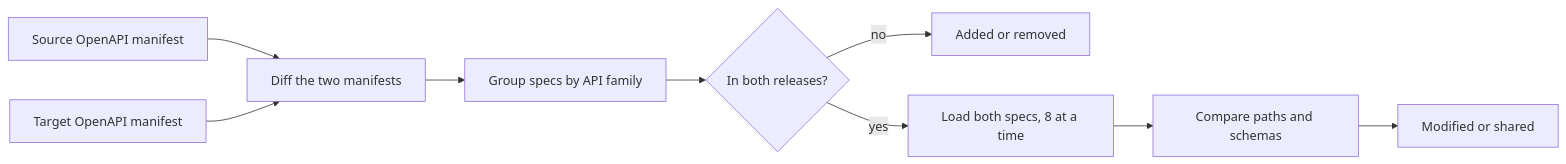
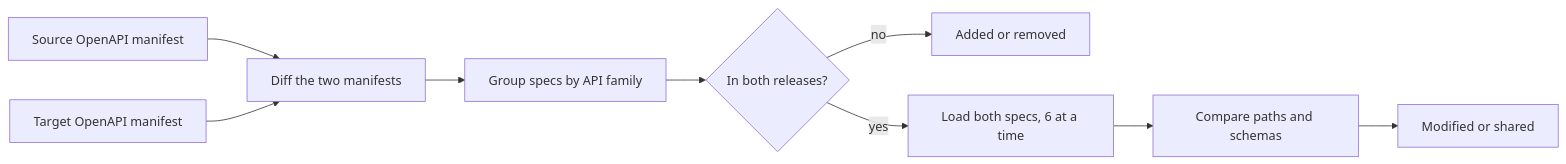
Before and after one commit to fullstopdev/resource-browser: the diagram in src/lib/docs/pages/api-comparison.md, drawn with Mermaid. The commit also changed other lines of this file and 37 other files, not shown here.

````diff
--- a/src/lib/docs/pages/api-comparison.md
+++ b/src/lib/docs/pages/api-comparison.md
@@ -33,11 +33,11 @@
 ```mermaid
 flowchart LR
   MS["Source OpenAPI manifest"] --> D["Diff the two manifests"]
   MT["Target OpenAPI manifest"] --> D
   D --> FAM["Group specs by API family"]
   FAM --> BOTH{"In both releases?"}
   BOTH -->|"no"| AR["Added or removed"]
-  BOTH -->|"yes"| LOAD["Load both specs, 8 at a time"]
+  BOTH -->|"yes"| LOAD["Load both specs, 6 at a time"]
   LOAD --> CMP["Compare paths and schemas"]
   CMP --> ST["Modified or shared"]
 ```
````
